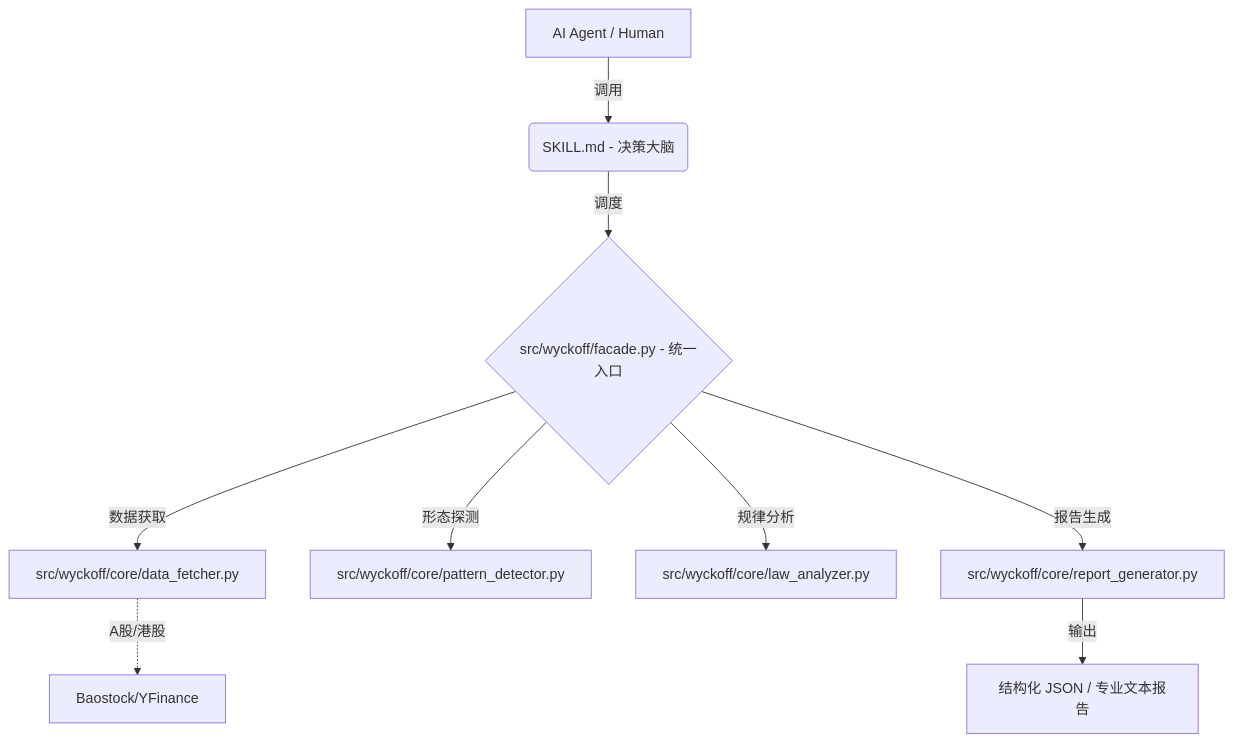
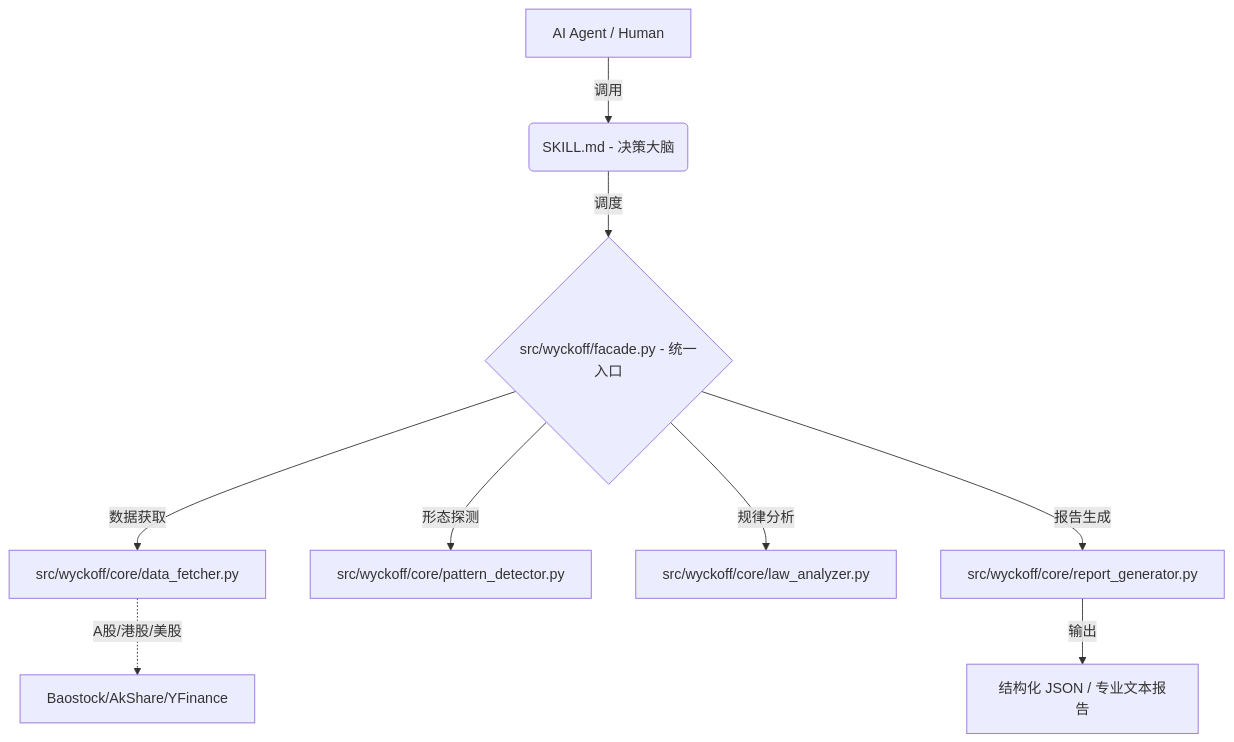
The diagram in README.md (Geekwls/wyckoff-stock-analysis), drawn with Mermaid before and after one commit. The commit also changed other lines of this file and 1 other file, not shown here.

````diff
--- a/README.md
+++ b/README.md
@@ -20,11 +27,11 @@
 ```mermaid
 graph TD
     A[AI Agent / Human] -->|调用| B(SKILL.md - 决策大脑)
     B -->|调度| C{src/wyckoff/facade.py - 统一入口}
     C -->|数据获取| D[src/wyckoff/core/data_fetcher.py]
     C -->|形态探测| E[src/wyckoff/core/pattern_detector.py]
     C -->|规律分析| F[src/wyckoff/core/law_analyzer.py]
     C -->|报告生成| G[src/wyckoff/core/report_generator.py]
-    D -.->|A股/港股| H[Baostock/YFinance]
+    D -.->|A股/港股/美股| H[Baostock/AkShare/YFinance]
     G -->|输出| I[结构化 JSON / 专业文本报告]
 ```
````
